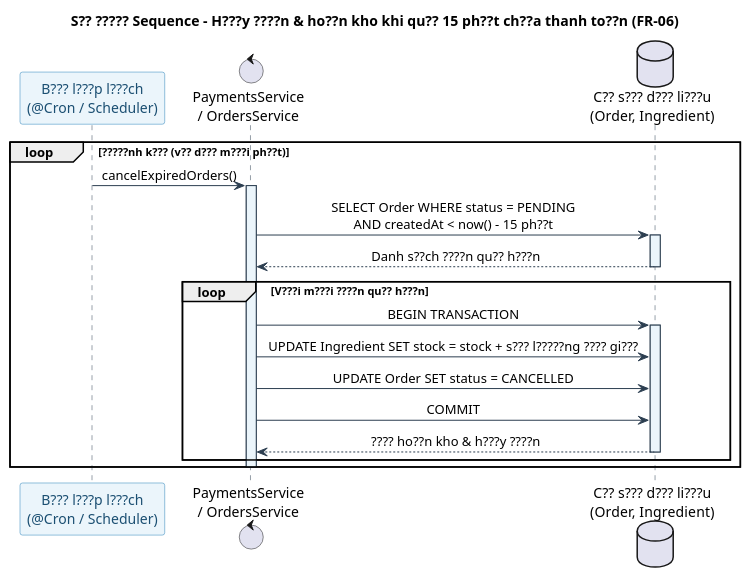
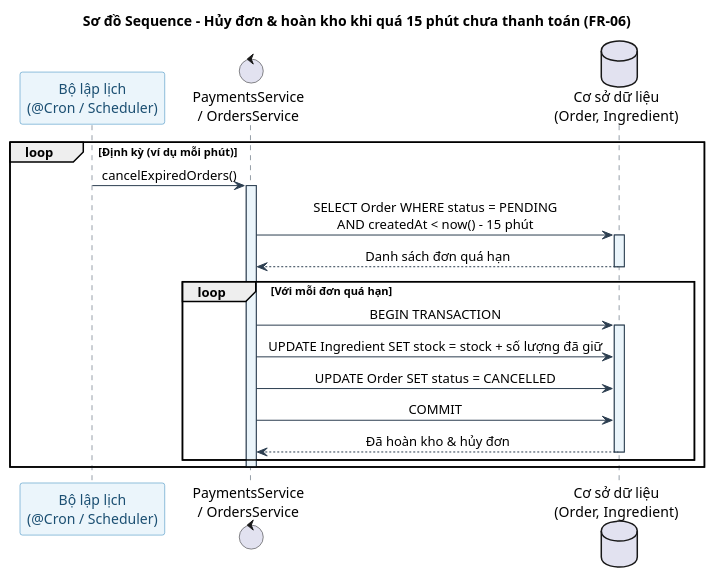
The diagram in docs/diagrams/payment/sequence-payment-timeout.puml (Phuc280106/BrewLite2), drawn with PlantUML before and after one commit. The commit also changed 5 other files, not shown here.

Commit message:
fix(diagrams): fix lỗi sơ đồ activity và sequence cho chức năng thanh toán

```diff
--- a/docs/diagrams/payment/sequence-payment-timeout.puml
+++ b/docs/diagrams/payment/sequence-payment-timeout.puml
@@ -1,41 +1,41 @@
 @startuml
-title S?? ????? Sequence - H???y ????n & ho??n kho khi qu?? 15 ph??t ch??a thanh to??n (FR-06)
+title Sơ đồ Sequence - Hủy đơn & hoàn kho khi quá 15 phút chưa thanh toán (FR-06)
 
 skinparam backgroundColor white
 skinparam sequence {
     ArrowColor #2C3E50
     LifeLineBorderColor #2C3E50
     LifeLineBorderThickness 1.5
     LifeLineBackgroundColor #EBF5FB
     ParticipantBorderColor #2980B9
     ParticipantBackgroundColor #EBF5FB
     ParticipantFontColor #1B4F72
     MessageAlign center
     ResponseMessageBelowArrow true
 }
 
-participant "B??? l???p l???ch\n(@Cron / Scheduler)" as Scheduler
+participant "Bộ lập lịch\n(@Cron / Scheduler)" as Scheduler
 control "PaymentsService\n/ OrdersService" as Service
-database "C?? s??? d??? li???u\n(Order, Ingredient)" as DB
+database "Cơ sở dữ liệu\n(Order, Ingredient)" as DB
 
-loop ?????nh k??? (v?? d??? m???i ph??t)
+loop Định kỳ (ví dụ mỗi phút)
     Scheduler -> Service : cancelExpiredOrders()
     activate Service
-    Service -> DB : SELECT Order WHERE status = PENDING\nAND createdAt < now() - 15 ph??t
+    Service -> DB : SELECT Order WHERE status = PENDING\nAND createdAt < now() - 15 phút
     activate DB
-    DB --> Service : Danh s??ch ????n qu?? h???n
+    DB --> Service : Danh sách đơn quá hạn
     deactivate DB
 
-    loop V???i m???i ????n qu?? h???n
+    loop Với mỗi đơn quá hạn
         Service -> DB : BEGIN TRANSACTION
         activate DB
-        Service -> DB : UPDATE Ingredient SET stock = stock + s??? l?????ng ???? gi???
+        Service -> DB : UPDATE Ingredient SET stock = stock + số lượng đã giữ
         Service -> DB : UPDATE Order SET status = CANCELLED
         Service -> DB : COMMIT
-        DB --> Service : ???? ho??n kho & h???y ????n
+        DB --> Service : Đã hoàn kho & hủy đơn
         deactivate DB
     end
     deactivate Service
 end
 
 @enduml
```
